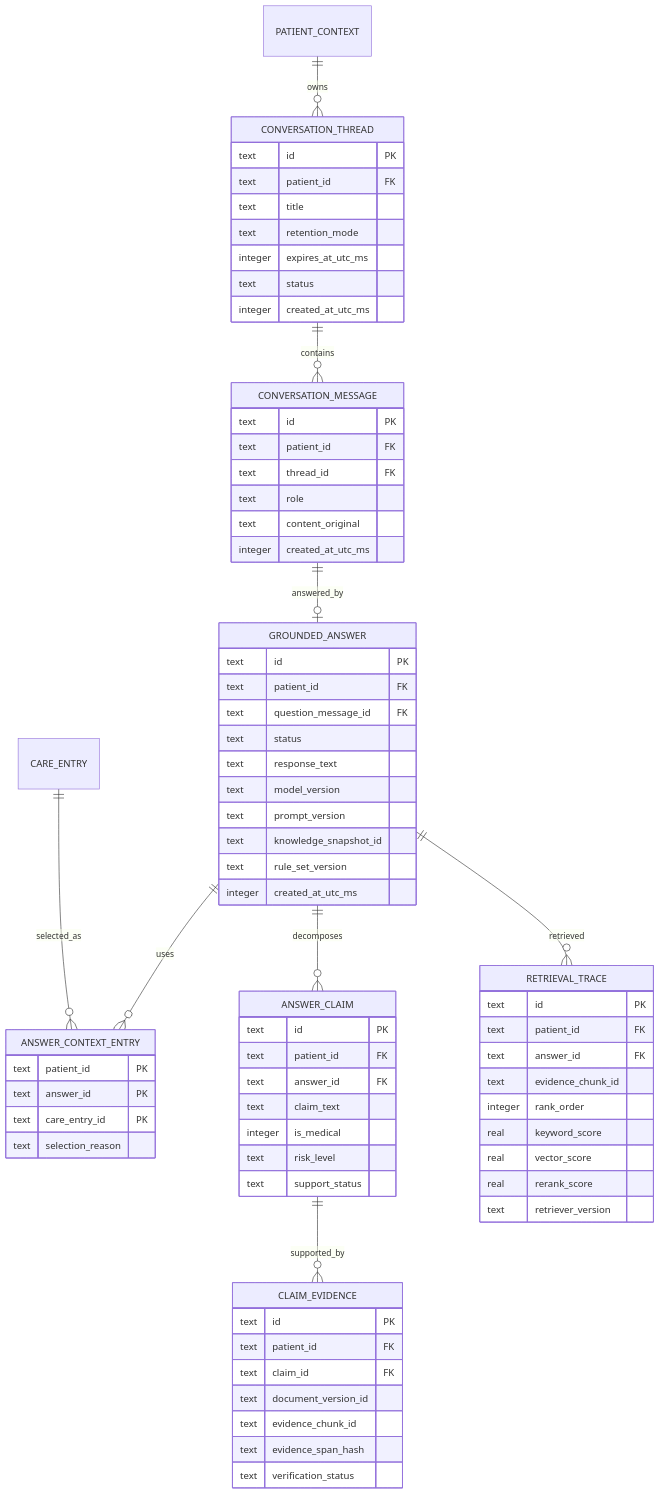
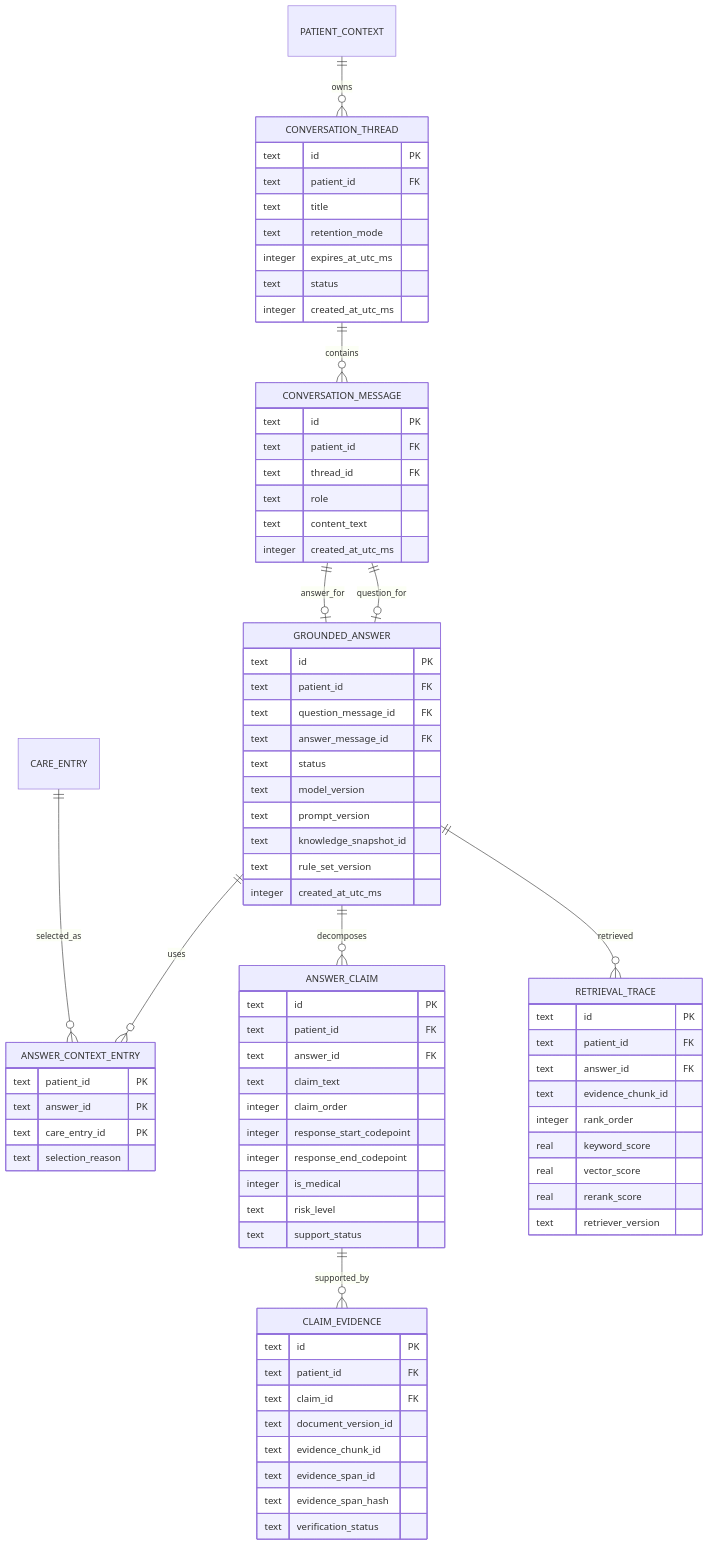
The fifth of 10 diagrams in docs/mobile_app_data_schema_design.md (Chun-Jihun/care_app), drawn with Mermaid before and after one commit. The commit also changed other lines of this file and 1 other file, not shown here.

````diff
--- a/docs/mobile_app_data_schema_design.md
+++ b/docs/mobile_app_data_schema_design.md
@@ -426,76 +477,81 @@
 ```mermaid
 erDiagram
     PATIENT_CONTEXT ||--o{ CONVERSATION_THREAD : owns
     CONVERSATION_THREAD ||--o{ CONVERSATION_MESSAGE : contains
-    CONVERSATION_MESSAGE ||--o| GROUNDED_ANSWER : answered_by
+    CONVERSATION_MESSAGE ||--o| GROUNDED_ANSWER : question_for
+    CONVERSATION_MESSAGE ||--o| GROUNDED_ANSWER : answer_for
     GROUNDED_ANSWER ||--o{ ANSWER_CONTEXT_ENTRY : uses
     CARE_ENTRY ||--o{ ANSWER_CONTEXT_ENTRY : selected_as
     GROUNDED_ANSWER ||--o{ ANSWER_CLAIM : decomposes
     ANSWER_CLAIM ||--o{ CLAIM_EVIDENCE : supported_by
     GROUNDED_ANSWER ||--o{ RETRIEVAL_TRACE : retrieved
 
     CONVERSATION_THREAD {
         text id PK
         text patient_id FK
         text title
         text retention_mode
         integer expires_at_utc_ms
         text status
         integer created_at_utc_ms
     }
     CONVERSATION_MESSAGE {
         text id PK
         text patient_id FK
         text thread_id FK
         text role
-        text content_original
+        text content_text
         integer created_at_utc_ms
     }
     GROUNDED_ANSWER {
         text id PK
         text patient_id FK
         text question_message_id FK
+        text answer_message_id FK
         text status
-        text response_text
         text model_version
         text prompt_version
         text knowledge_snapshot_id
         text rule_set_version
         integer created_at_utc_ms
     }
     ANSWER_CONTEXT_ENTRY {
         text patient_id PK
         text answer_id PK
         text care_entry_id PK
         text selection_reason
     }
     ANSWER_CLAIM {
         text id PK
         text patient_id FK
         text answer_id FK
         text claim_text
+        integer claim_order
+        integer response_start_codepoint
+        integer response_end_codepoint
         integer is_medical
         text risk_level
         text support_status
     }
     CLAIM_EVIDENCE {
         text id PK
         text patient_id FK
         text claim_id FK
         text document_version_id
         text evidence_chunk_id
+        text evidence_span_id
         text evidence_span_hash
         text verification_status
     }
     RETRIEVAL_TRACE {
         text id PK
         text patient_id FK
         text answer_id FK
         text evidence_chunk_id
         integer rank_order
         real keyword_score
         real vector_score
         real rerank_score
         text retriever_version
     }
 ```
````
